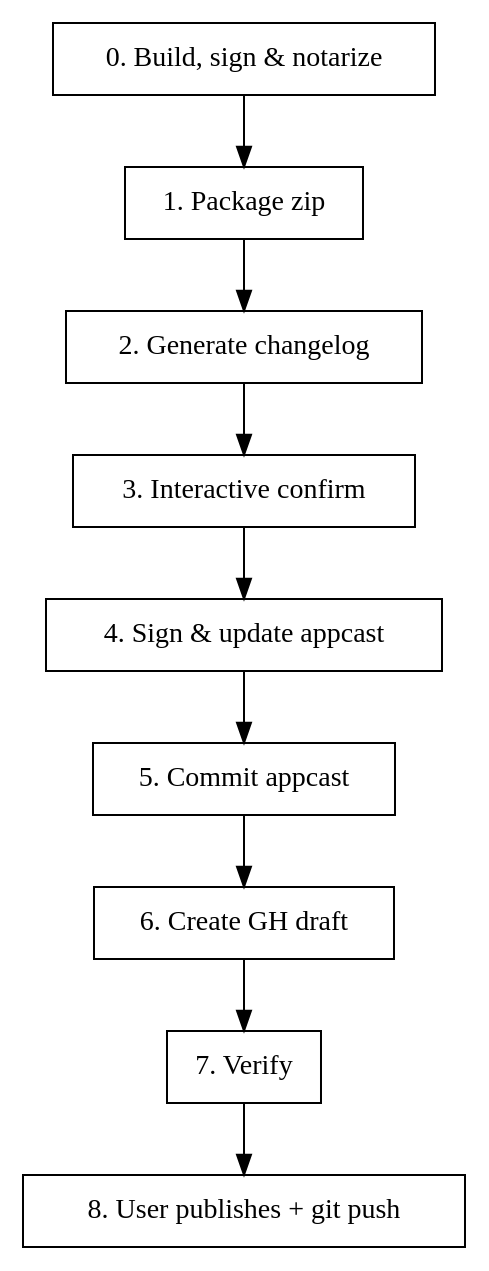
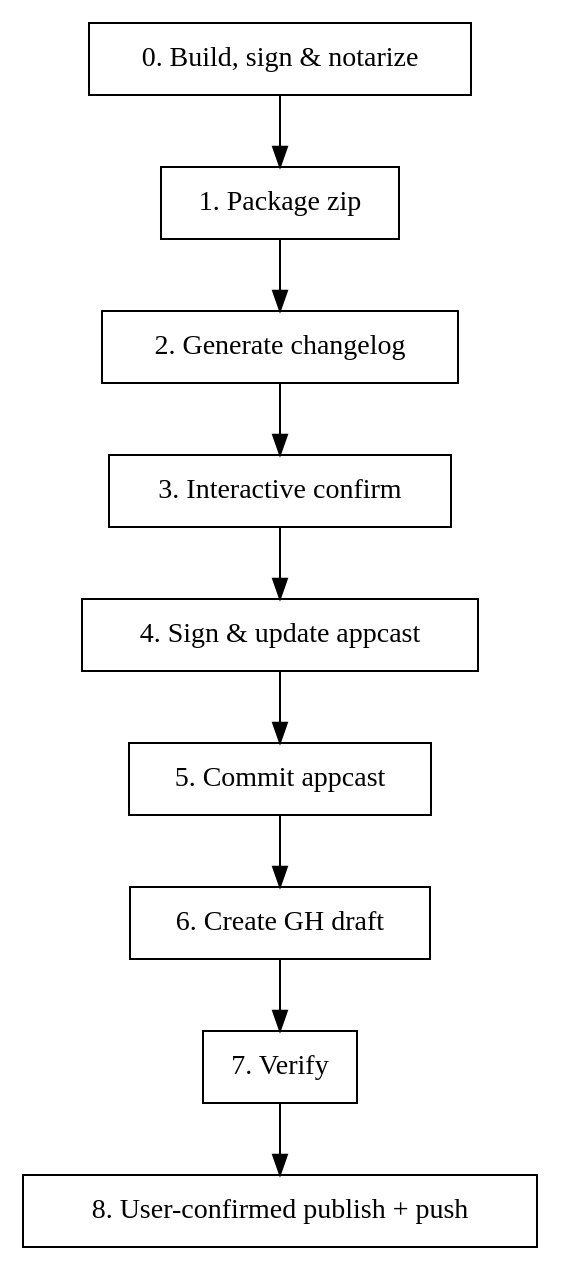
Before and after one commit to Mu-L/Mos: the diagram in .agents/skills/release-preparation/SKILL.md, drawn with Graphviz. The commit also changed other lines of this file and 5 other files, not shown here.

````diff
--- a/.agents/skills/release-preparation/SKILL.md
+++ b/.agents/skills/release-preparation/SKILL.md
@@ -22,15 +22,15 @@
 ```dot
 digraph release {
   rankdir=TB;
   node [shape=box];
 
   "0. Build, sign & notarize" -> "1. Package zip";
   "1. Package zip" -> "2. Generate changelog";
   "2. Generate changelog" -> "3. Interactive confirm";
   "3. Interactive confirm" -> "4. Sign & update appcast";
   "4. Sign & update appcast" -> "5. Commit appcast";
   "5. Commit appcast" -> "6. Create GH draft";
   "6. Create GH draft" -> "7. Verify";
-  "7. Verify" -> "8. User publishes + git push";
+  "7. Verify" -> "8. User-confirmed publish + push";
 }
 ```
````
